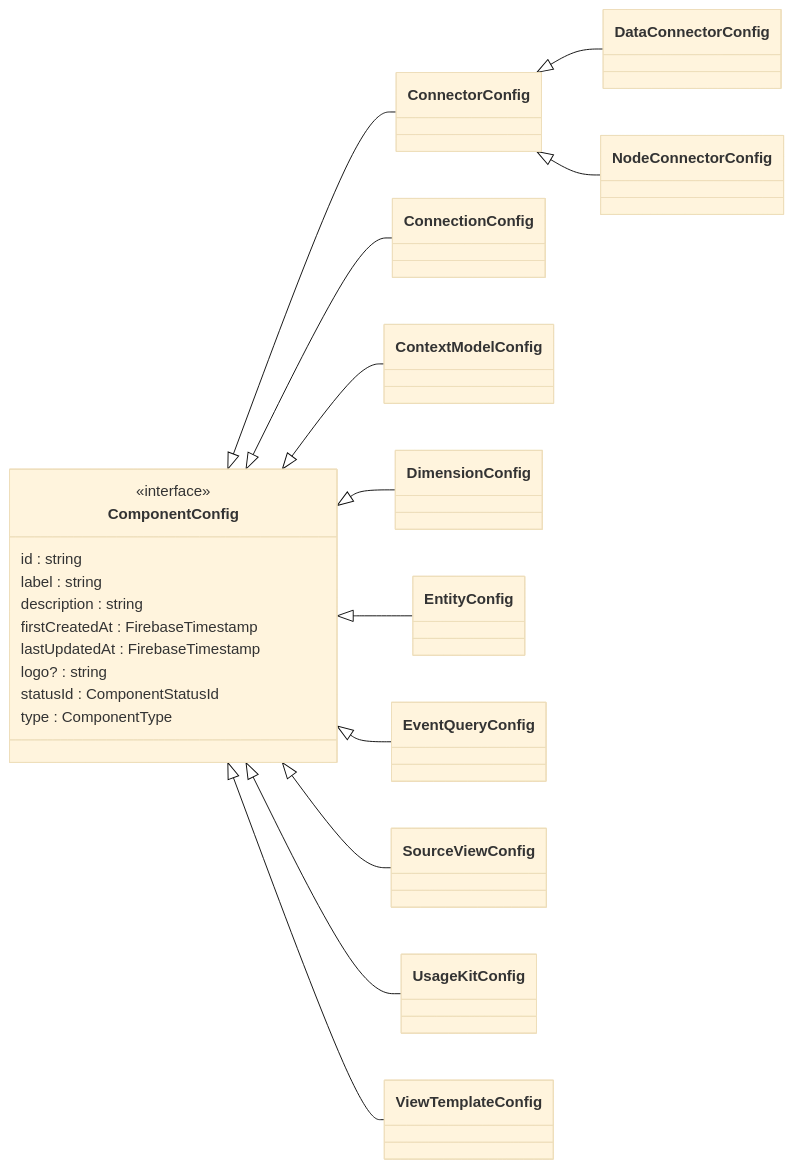
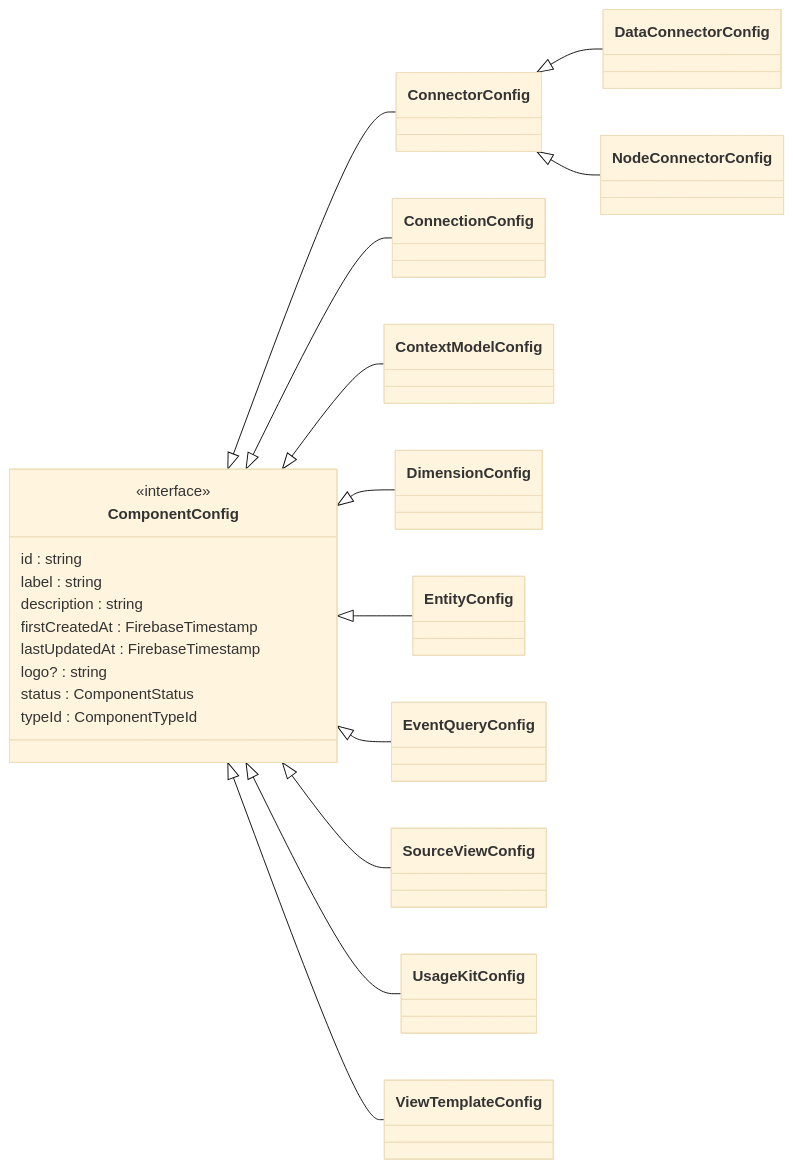
The first of 22 diagrams in README.md (data-positioning/datapos-shared), drawn with Mermaid (base theme) before and after one commit. The commit also changed other lines of this file and 2 other files, not shown here.

````diff
--- a/README.md
+++ b/README.md
@@ -9,28 +9,28 @@
 ```mermaid
 classDiagram
     direction LR
 
     class ComponentConfig {
         <<interface>>
         id : string
         label : string
         description : string
         firstCreatedAt : FirebaseTimestamp
         lastUpdatedAt : FirebaseTimestamp
         logo? : string
-        statusId : ComponentStatusId
-        type : ComponentType
+        status : ComponentStatus
+        typeId : ComponentTypeId
     }
 
     ComponentConfig <|-- ConnectorConfig
     ConnectorConfig <|-- DataConnectorConfig
     ConnectorConfig <|-- NodeConnectorConfig
     ComponentConfig <|-- ConnectionConfig
     ComponentConfig <|-- ContextModelConfig
     ComponentConfig <|-- DimensionConfig
     ComponentConfig <|-- EntityConfig
     ComponentConfig <|-- EventQueryConfig
     ComponentConfig <|-- SourceViewConfig
     ComponentConfig <|-- UsageKitConfig
     ComponentConfig <|-- ViewTemplateConfig
 ```
````
